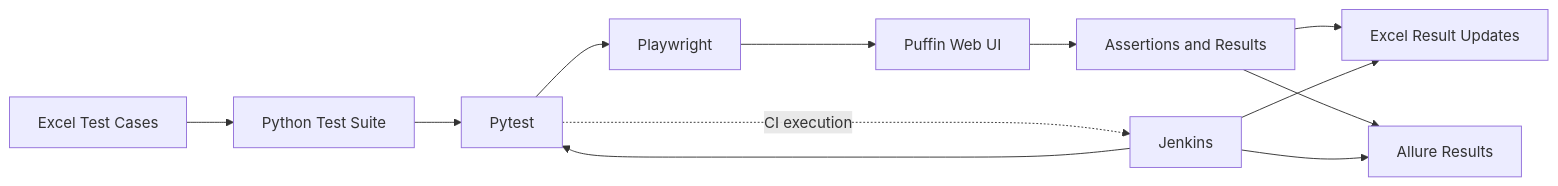
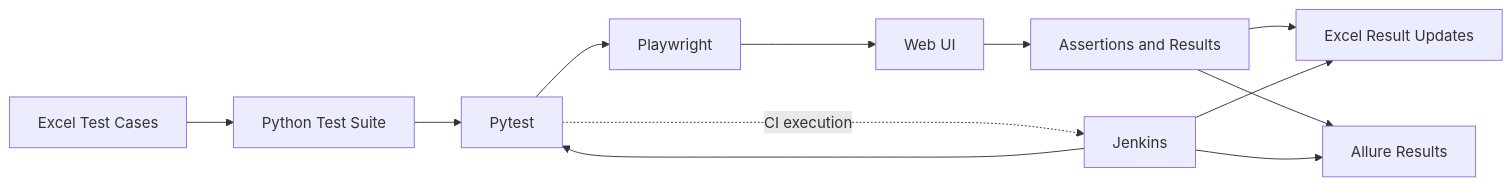
The diagram in README.md (iamgstomar/Playwright-Automation), drawn with Mermaid before and after one commit. The commit also changed other lines of this file, not shown here.

Commit message:
Update project name from Puffin to Broadcast Platform

````diff
--- a/README.md
+++ b/README.md
@@ -80,14 +80,14 @@
 ```mermaid
 flowchart LR
     A[Excel Test Cases] --> B[Python Test Suite]
     B --> C[Pytest]
     C --> D[Playwright]
-    D --> E[Puffin Web UI]
+    D --> E[Web UI]
     E --> F[Assertions and Results]
     F --> G[Excel Result Updates]
     F --> H[Allure Results]
     C -. CI execution .-> I[Jenkins]
     I --> C
     I --> G
     I --> H
 ```
````
